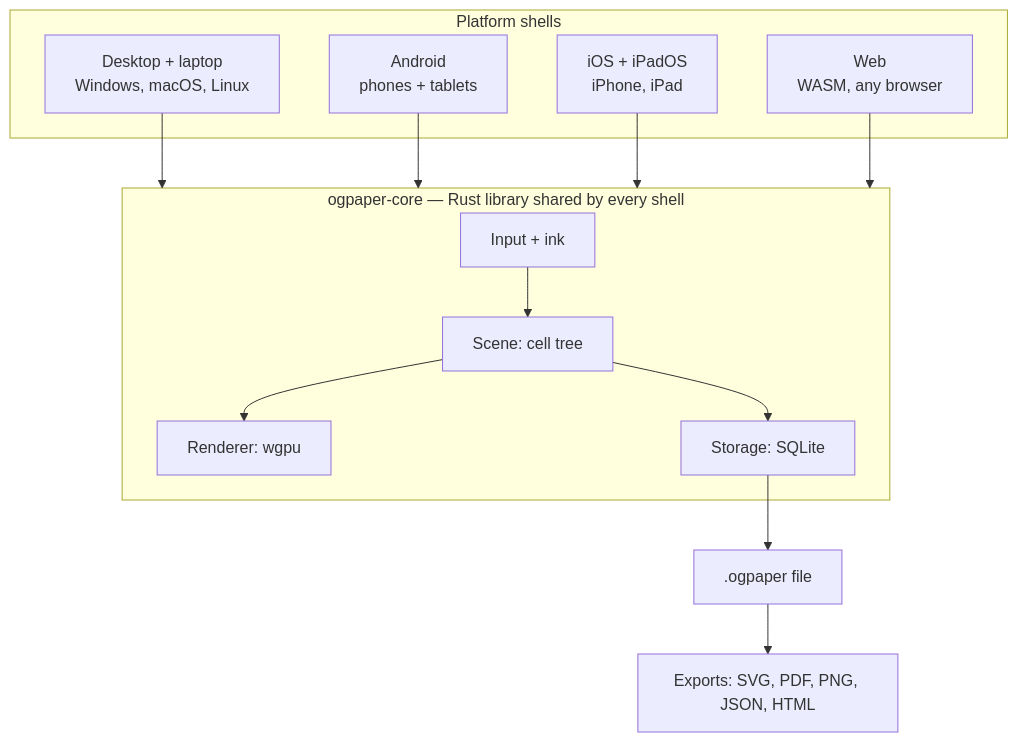
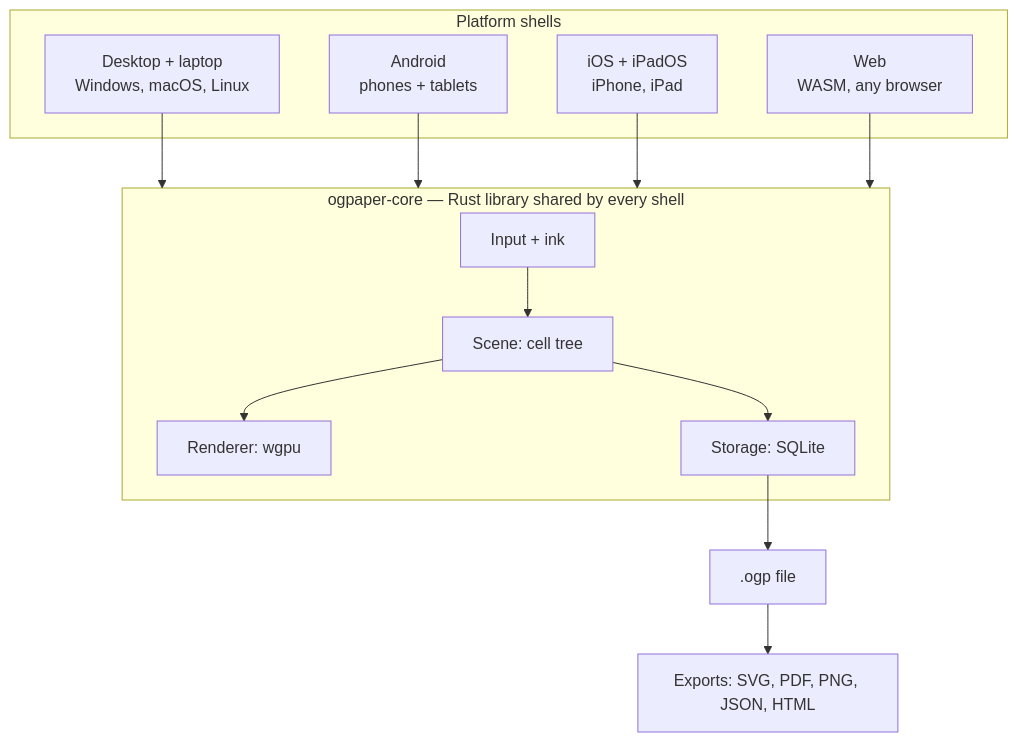
One commit to OmegaGiven/OG-paper changed the diagram in docs/DESIGN.md. Above: the diagram before and after it, drawn with Mermaid. The commit also changed other lines of this file and 4 other files, not shown here.

````diff
--- a/docs/DESIGN.md
+++ b/docs/DESIGN.md
@@ -48,17 +48,17 @@
 ```mermaid
 flowchart TB
   subgraph shells[Platform shells]
     D[Desktop + laptop<br/>Windows, macOS, Linux]
     A[Android<br/>phones + tablets]
     I[iOS + iPadOS<br/>iPhone, iPad]
     W[Web<br/>WASM, any browser]
   end
   subgraph core[ogpaper-core — Rust library shared by every shell]
     IN[Input + ink] --> SC[Scene: cell tree]
     SC --> R[Renderer: wgpu]
     SC --> ST[Storage: SQLite]
   end
   D & A & I & W --> core
-  ST --> F[.ogpaper file]
+  ST --> F[.ogp file]
   F --> X[Exports: SVG, PDF, PNG, JSON, HTML]
 ```
````
